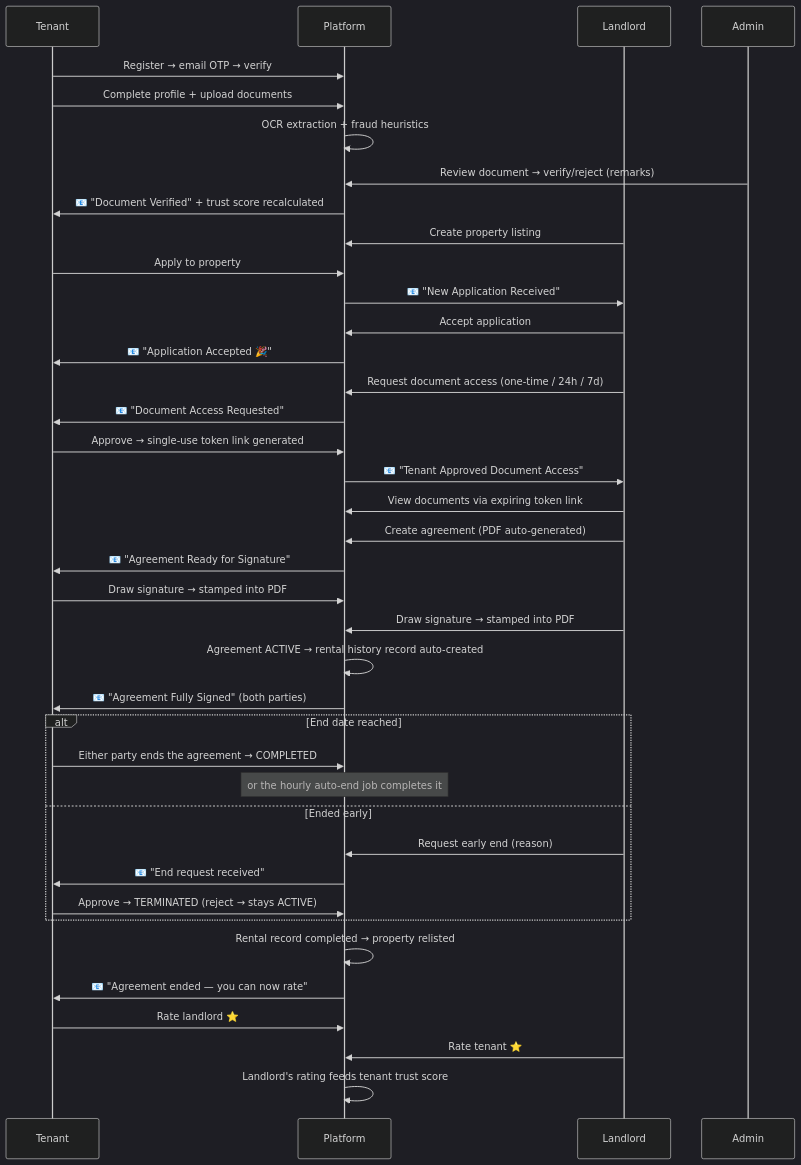
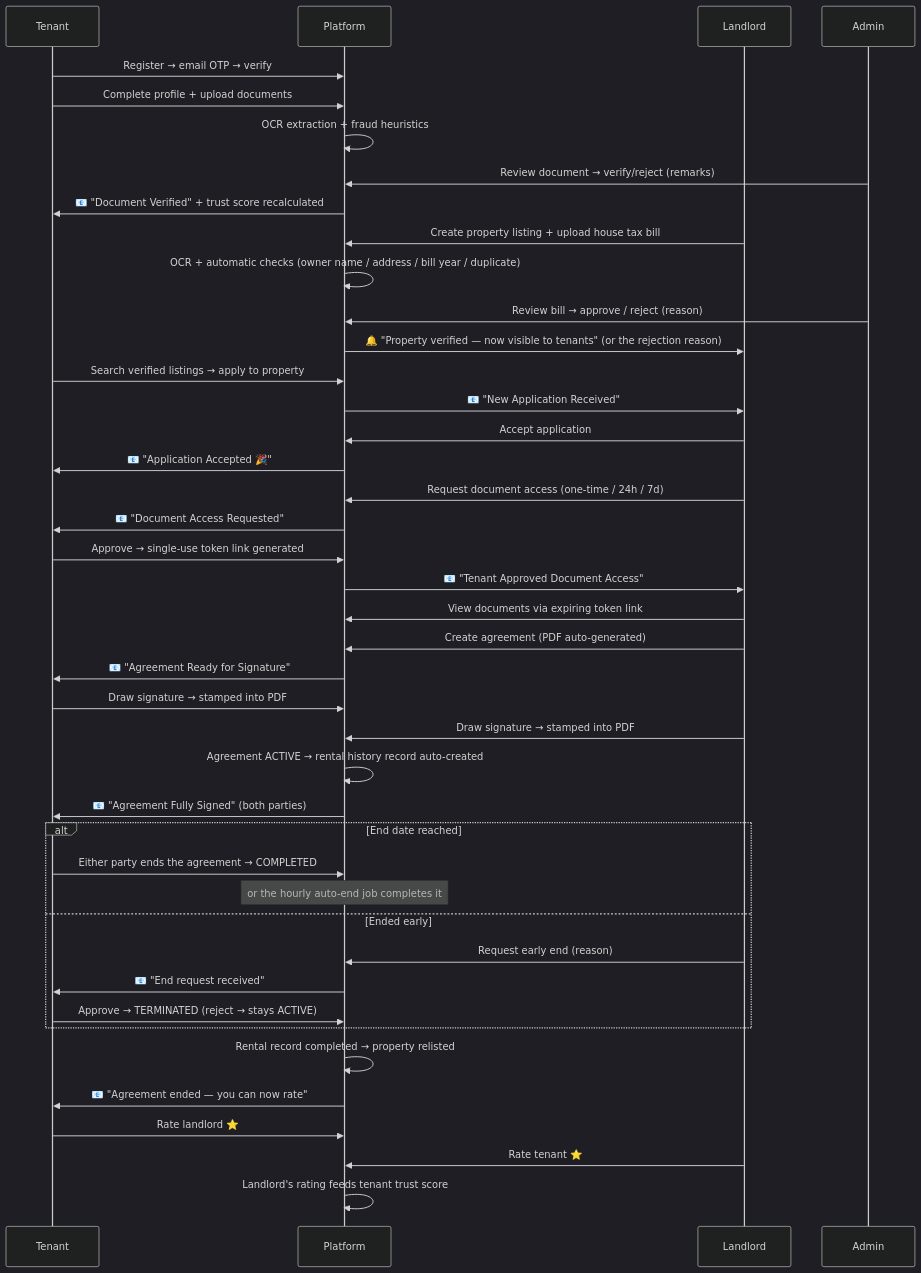
The diagram in README.md (kushalvk/VeriNest), drawn with Mermaid (dark theme) before and after one commit. The commit also changed other lines of this file and 25 other files, not shown here.

````diff
--- a/README.md
+++ b/README.md
@@ -186,42 +204,45 @@
 ```mermaid
 sequenceDiagram
     participant T as Tenant
     participant P as Platform
     participant L as Landlord
     participant A as Admin
 
     T->>P: Register → email OTP → verify
     T->>P: Complete profile + upload documents
     P->>P: OCR extraction + fraud heuristics
     A->>P: Review document → verify/reject (remarks)
     P->>T: 📧 "Document Verified" + trust score recalculated
-    L->>P: Create property listing
-    T->>P: Apply to property
+    L->>P: Create property listing + upload house tax bill
+    P->>P: OCR + automatic checks (owner name / address / bill year / duplicate)
+    A->>P: Review bill → approve / reject (reason)
+    P->>L: 🔔 "Property verified — now visible to tenants" (or the rejection reason)
+    T->>P: Search verified listings → apply to property
     P->>L: 📧 "New Application Received"
     L->>P: Accept application
     P->>T: 📧 "Application Accepted 🎉"
     L->>P: Request document access (one-time / 24h / 7d)
     P->>T: 📧 "Document Access Requested"
     T->>P: Approve → single-use token link generated
     P->>L: 📧 "Tenant Approved Document Access"
     L->>P: View documents via expiring token link
     L->>P: Create agreement (PDF auto-generated)
     P->>T: 📧 "Agreement Ready for Signature"
     T->>P: Draw signature → stamped into PDF
     L->>P: Draw signature → stamped into PDF
     P->>P: Agreement ACTIVE → rental history record auto-created
     P->>T: 📧 "Agreement Fully Signed" (both parties)
     alt End date reached
         T->>P: Either party ends the agreement → COMPLETED
         Note over P: or the hourly auto-end job completes it
     else Ended early
         L->>P: Request early end (reason)
         P->>T: 📧 "End request received"
         T->>P: Approve → TERMINATED (reject → stays ACTIVE)
     end
     P->>P: Rental record completed → property relisted
     P->>T: 📧 "Agreement ended — you can now rate"
     T->>P: Rate landlord ⭐
     L->>P: Rate tenant ⭐
     P->>P: Landlord's rating feeds tenant trust score
 ```
````
